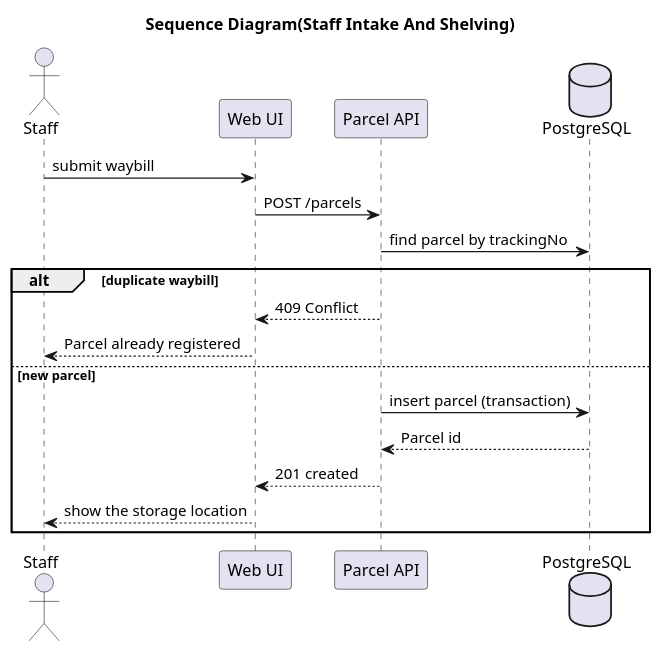
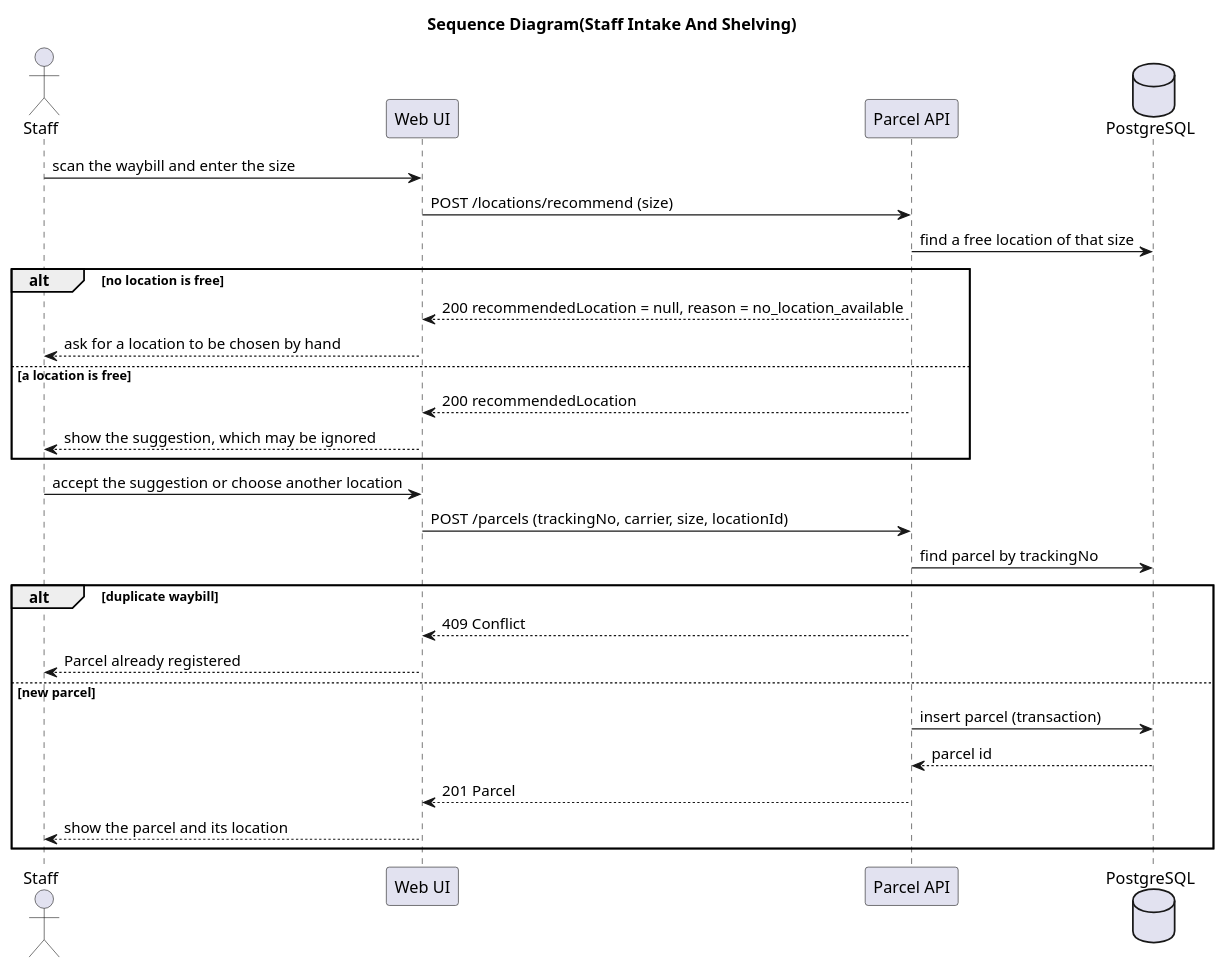
One commit to 123dvfj123/linyi-collection-point changed the diagram in docs/02-design/uml/sequence-staff-intake.puml. Above: the diagram before and after it, drawn with PlantUML.

Commit message:
docs(design): show the location recommendation in the intake sequence [T-20-07]
The folder README recorded that this diagram traces to /locations/recommend, but the call was not drawn. It now covers the suggestion, the staff member being free to ignore it (CR-004 and ADR-004), and the no-location-available case that the activity diagram already shows.

```diff
--- a/docs/02-design/uml/sequence-staff-intake.puml
+++ b/docs/02-design/uml/sequence-staff-intake.puml
@@ -1,20 +1,30 @@
 @startuml sequence-staff-intake
 title Sequence Diagram(Staff Intake And Shelving)
 actor Staff
 participant "Web UI" as UI
 participant "Parcel API" as API
 database "PostgreSQL" as DB
 
-Staff -> UI : submit waybill
-UI -> API : POST /parcels
+Staff -> UI : scan the waybill and enter the size
+UI -> API : POST /locations/recommend (size)
+API -> DB : find a free location of that size
+alt no location is free
+  API --> UI : 200 recommendedLocation = null, reason = no_location_available
+  UI --> Staff : ask for a location to be chosen by hand
+else a location is free
+  API --> UI : 200 recommendedLocation
+  UI --> Staff : show the suggestion, which may be ignored
+end
+Staff -> UI : accept the suggestion or choose another location
+UI -> API : POST /parcels (trackingNo, carrier, size, locationId)
 API -> DB : find parcel by trackingNo
 alt duplicate waybill
   API --> UI : 409 Conflict
   UI --> Staff : Parcel already registered
 else new parcel
   API -> DB : insert parcel (transaction)
-  DB --> API : Parcel id
-  API --> UI : 201 created
-  UI --> Staff : show the storage location
+  DB --> API : parcel id
+  API --> UI : 201 Parcel
+  UI --> Staff : show the parcel and its location
 end
 @enduml
```
